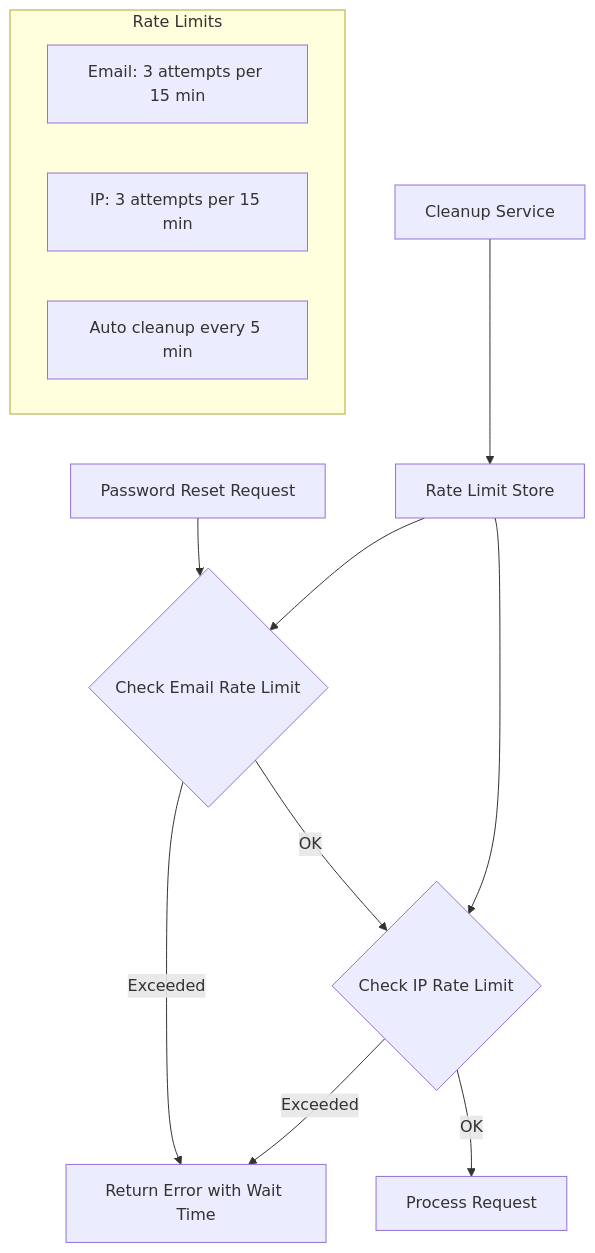
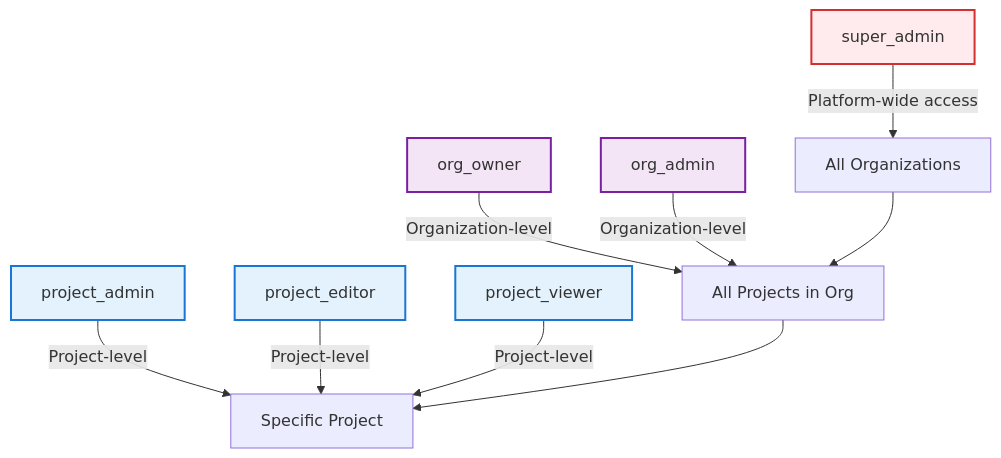
The seventh of 15 diagrams in specs/AUTHENTICATION.md (supercheck-io/supercheck), drawn with Mermaid before and after one commit. The commit also changed other lines of this file and 2 other files, not shown here.

````diff
--- a/specs/AUTHENTICATION.md
+++ b/specs/AUTHENTICATION.md
@@ -143,18 +274,22 @@
 ```mermaid
 graph TB
-    A[Password Reset Request] --> B{Check Email Rate Limit}
-    B -->|Exceeded| C[Return Error with Wait Time]
-    B -->|OK| D{Check IP Rate Limit}
-    D -->|Exceeded| C
-    D -->|OK| E[Process Request]
-    
-    F[Rate Limit Store] --> B
-    F --> D
-    G[Cleanup Service] --> F
-    
-    subgraph "Rate Limits"
-        H[Email: 3 attempts per 15 min]
-        I[IP: 3 attempts per 15 min]
-        J[Auto cleanup every 5 min]
-    end
+    A[super_admin] -->|Platform-wide access| B[All Organizations]
+
+    C[org_owner] -->|Organization-level| D[All Projects in Org]
+    E[org_admin] -->|Organization-level| D
+
+    F[project_admin] -->|Project-level| G[Specific Project]
+    H[project_editor] -->|Project-level| G
+    I[project_viewer] -->|Project-level| G
+
+    B --> D
+    D --> G
+
+    classDef superadmin fill:#ffebee,stroke:#d32f2f,stroke-width:2px
+    classDef org fill:#f3e5f5,stroke:#7b1fa2,stroke-width:2px
+    classDef project fill:#e3f2fd,stroke:#1976d2,stroke-width:2px
+
+    class A superadmin
+    class C,E org
+    class F,H,I project
 ```
````
